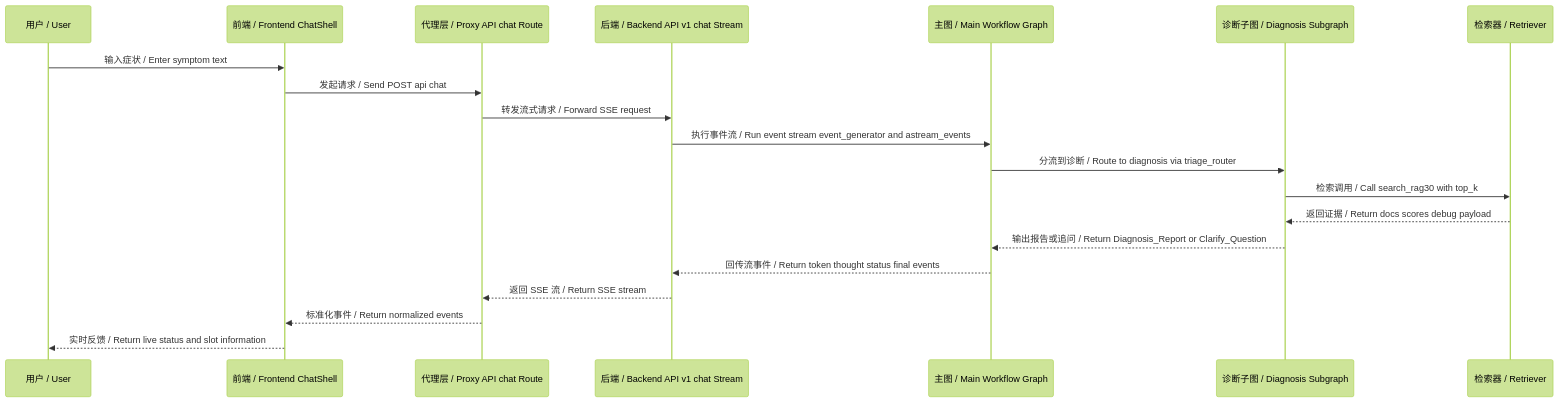
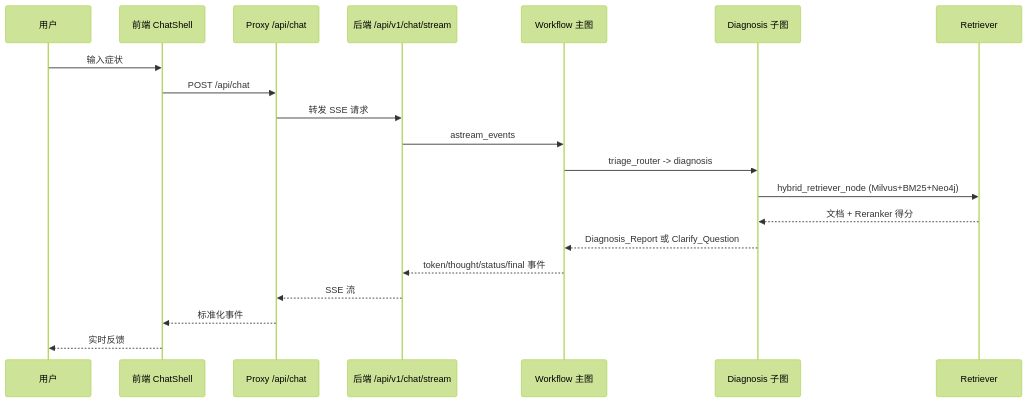
One commit to standbyme626/smart_hospital_agent changed the second of 3 diagrams in README.md. Above: the diagram before and after it, drawn with Mermaid (forest theme). The commit also changed other lines of this file, not shown here.

````diff
--- a/README.md
+++ b/README.md
@@ -176,23 +246,23 @@
 ```mermaid
 sequenceDiagram
-    participant U as 用户 / User
-    participant FE as 前端 / Frontend ChatShell
-    participant PX as 代理层 / Proxy API chat Route
-    participant BE as 后端 / Backend API v1 chat Stream
-    participant G as 主图 / Main Workflow Graph
-    participant DG as 诊断子图 / Diagnosis Subgraph
-    participant RAG as 检索器 / Retriever
+    participant U as 用户
+    participant FE as 前端 ChatShell
+    participant PX as Proxy /api/chat
+    participant BE as 后端 /api/v1/chat/stream
+    participant G as Workflow 主图
+    participant DG as Diagnosis 子图
+    participant RAG as Retriever
 
-    U->>FE: 输入症状 / Enter symptom text
-    FE->>PX: 发起请求 / Send POST api chat
-    PX->>BE: 转发流式请求 / Forward SSE request
-    BE->>G: 执行事件流 / Run event stream event_generator and astream_events
-    G->>DG: 分流到诊断 / Route to diagnosis via triage_router
-    DG->>RAG: 检索调用 / Call search_rag30 with top_k
-    RAG-->>DG: 返回证据 / Return docs scores debug payload
-    DG-->>G: 输出报告或追问 / Return Diagnosis_Report or Clarify_Question
-    G-->>BE: 回传流事件 / Return token thought status final events
-    BE-->>PX: 返回 SSE 流 / Return SSE stream
-    PX-->>FE: 标准化事件 / Return normalized events
-    FE-->>U: 实时反馈 / Return live status and slot information
+    U->>FE: 输入症状
+    FE->>PX: POST /api/chat
+    PX->>BE: 转发 SSE 请求
+    BE->>G: astream_events
+    G->>DG: triage_router -> diagnosis
+    DG->>RAG: hybrid_retriever_node (Milvus+BM25+Neo4j)
+    RAG-->>DG: 文档 + Reranker 得分
+    DG-->>G: Diagnosis_Report 或 Clarify_Question
+    G-->>BE: token/thought/status/final 事件
+    BE-->>PX: SSE 流
+    PX-->>FE: 标准化事件
+    FE-->>U: 实时反馈
 ```
````
